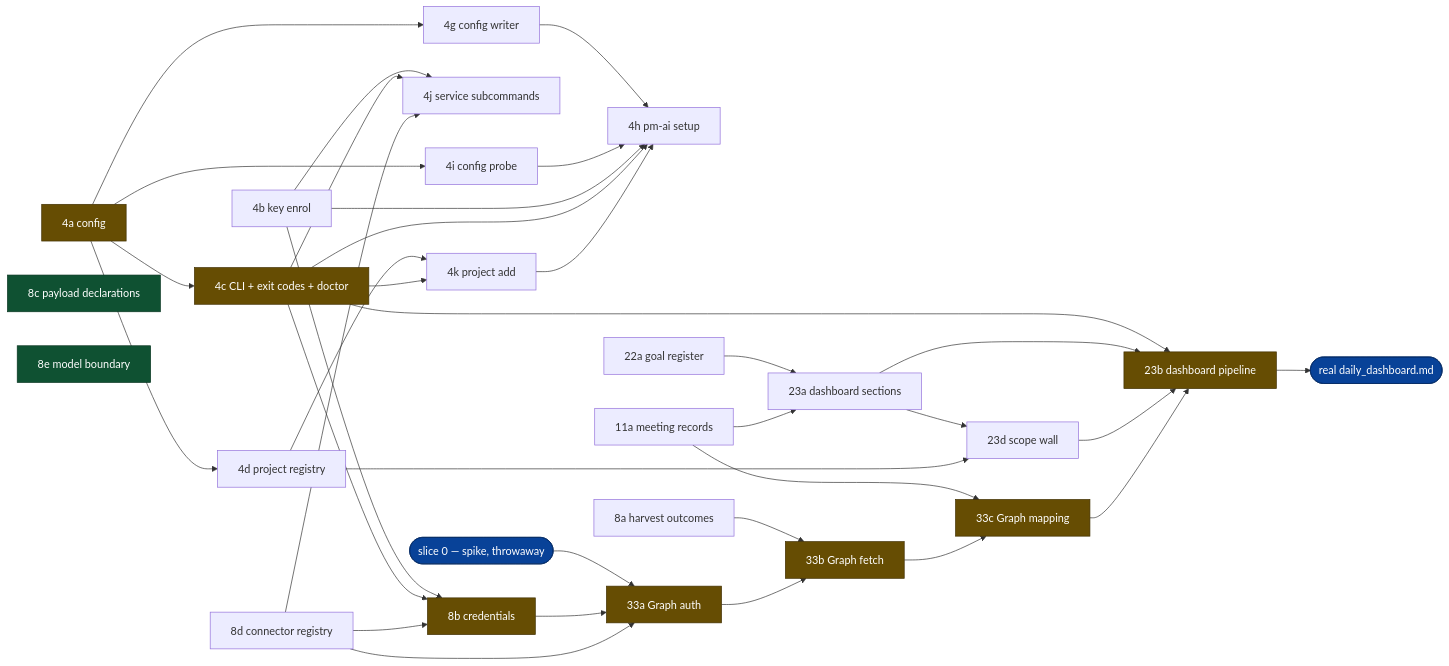
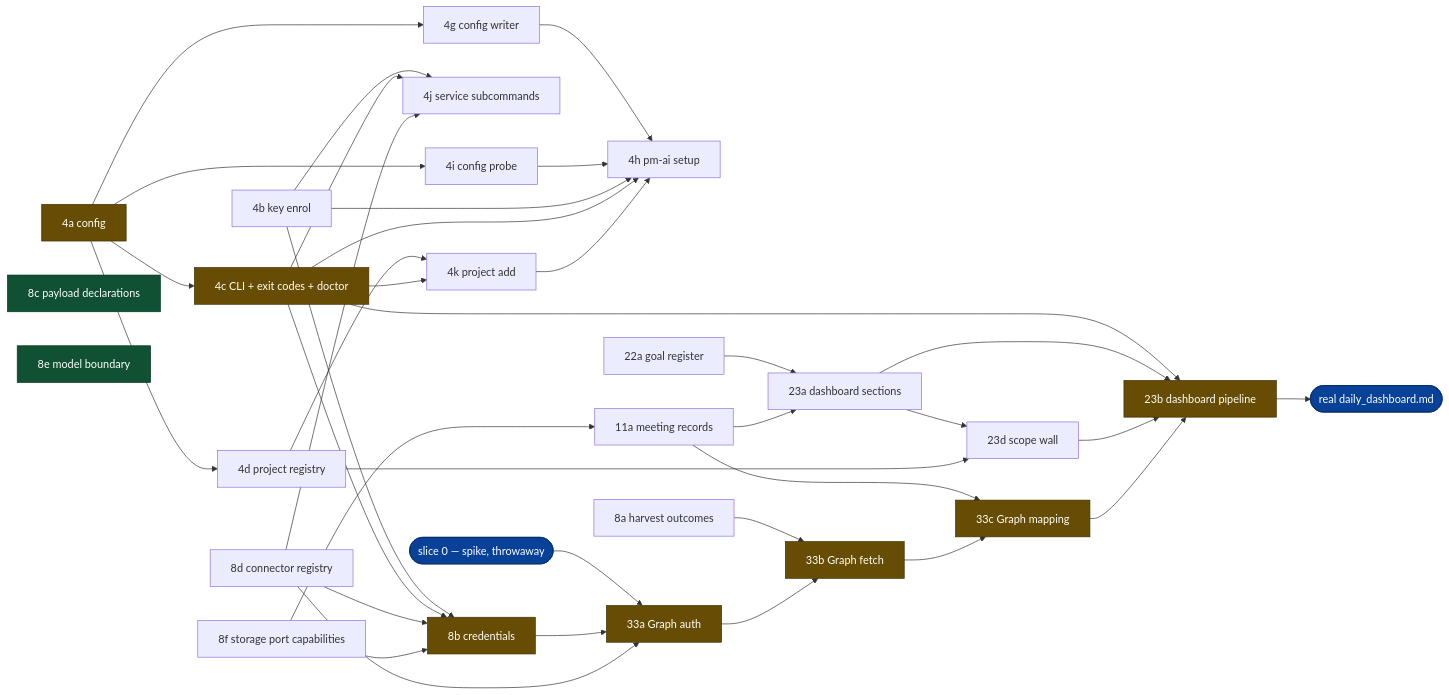
The third of 3 diagrams in _bmad-output/implementation-artifacts/prototype-path-2026-09-01.md (aramaniuk/pm-ai), drawn with Mermaid before and after one commit. The commit also changed other lines of this file and 5 other files, not shown here.

````diff
--- a/_bmad-output/implementation-artifacts/prototype-path-2026-09-01.md
+++ b/_bmad-output/implementation-artifacts/prototype-path-2026-09-01.md
@@ -251,68 +251,71 @@
 ```mermaid
 flowchart LR
     s0(["slice 0 — spike, throwaway"])
     s4a["4a config"]
     s4b["4b key enrol"]
     s4c["4c CLI + exit codes + doctor"]
     s4j["4j service subcommands"]
     s4d["4d project registry"]
     s4k["4k project add"]
     s4g["4g config writer"]
     s4i["4i config probe"]
     s4h["4h pm-ai setup"]
     s8a["8a harvest outcomes"]
     s8d["8d connector registry"]
+    s8f["8f storage port capabilities"]
     s8b["8b credentials"]
     s8c["8c payload declarations"]
     s8e["8e model boundary"]
     s11a["11a meeting records"]
     s22a["22a goal register"]
     s33a["33a Graph auth"]
     s33b["33b Graph fetch"]
     s33c["33c Graph mapping"]
     s23a["23a dashboard sections"]
     s23d["23d scope wall"]
     s23b["23b dashboard pipeline"]
     done(["real daily_dashboard.md"])
 
     s0 --> s33a
     s4a --> s4c
     s4b --> s4j
     s4c --> s4j
     s8d --> s4j
     s4a --> s4d
     s4a --> s4g
     s4g --> s4h
     s4a --> s4i
     s4i --> s4h
     s4b --> s4h
     s4c --> s4h
     s4d --> s4k
     s4c --> s4k
     s4k --> s4h
     s4b --> s8b
     s4c --> s8b
     s8d --> s8b
+    s8f --> s8b
+    s8f --> s11a
     s8b --> s33a
     s8d --> s33a
     s8a --> s33b
     s33a --> s33b
     s11a --> s33c
     s33b --> s33c
     s22a --> s23a
     s11a --> s23a
     s23a --> s23d
     s4d --> s23d
     s4c --> s23b
     s23a --> s23b
     s23d --> s23b
     s33c --> s23b
     s23b --> done
 
     classDef crit fill:#664d03,stroke:#413003,color:#ffffff
     classDef island fill:#0f5132,stroke:#0a3622,color:#ffffff
     classDef goal fill:#084298,stroke:#052c65,color:#ffffff
     class s4a,s4c,s8b,s33a,s33b,s33c,s23b crit
     class s8c,s8e island
     class done,s0 goal
 ```
````
